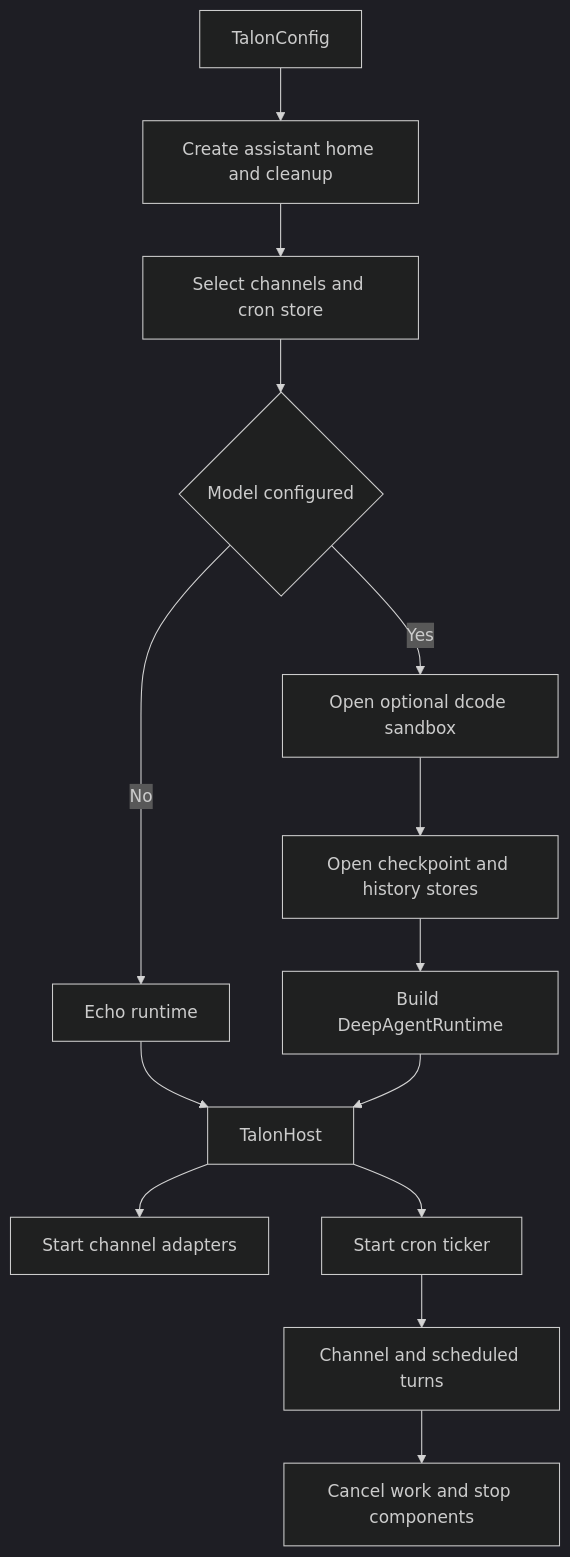
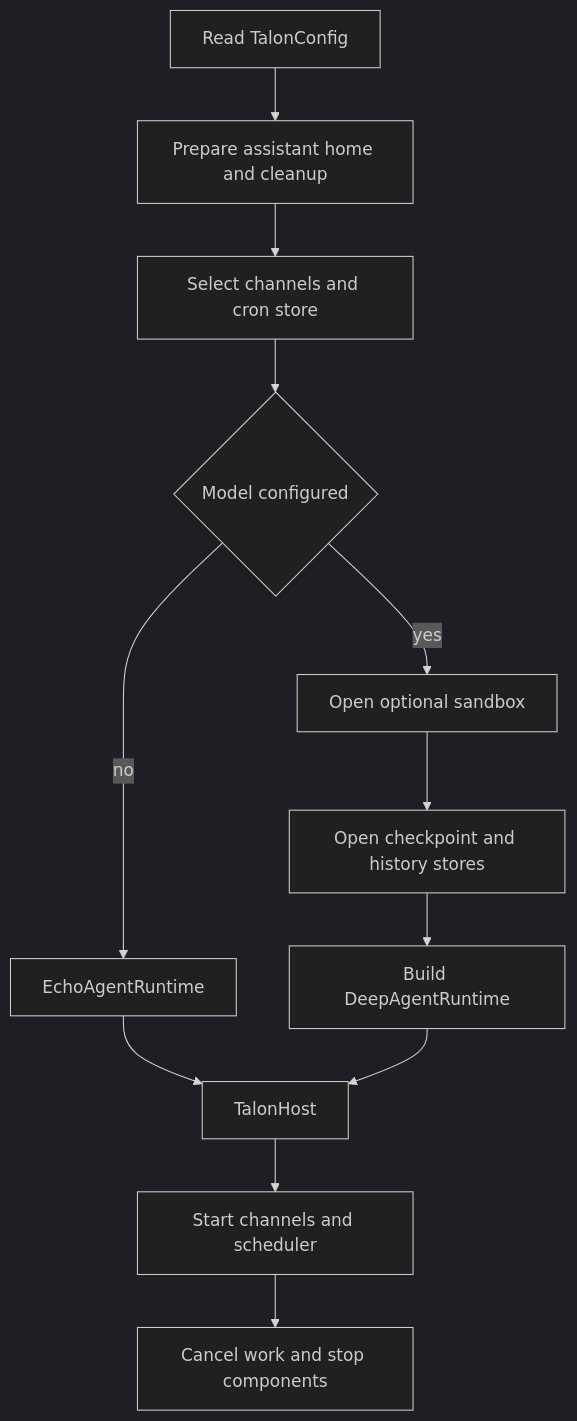
The first of 2 diagrams in openwiki/integrations/talon.md (langchain-ai/deepagents), drawn with Mermaid (dark theme) before and after one commit. The commit also changed other lines of this file and 69 other files, not shown here.

````diff
--- a/openwiki/integrations/talon.md
+++ b/openwiki/integrations/talon.md
@@ -57,16 +70,14 @@
 ```mermaid
 flowchart TD
-    Config["TalonConfig"] --> Cleanup["Create assistant home and cleanup"]
-    Cleanup --> Select["Select channels and cron store"]
-    Select --> Model{"Model configured"}
-    Model -- No --> Echo["Echo runtime"]
-    Model -- Yes --> Sandbox["Open optional dcode sandbox"]
+    Config["Read TalonConfig"] --> Home["Prepare assistant home and cleanup"]
+    Home --> Assemble["Select channels and cron store"]
+    Assemble --> Model{"Model configured"}
+    Model -- "no" --> Echo["EchoAgentRuntime"]
+    Model -- "yes" --> Sandbox["Open optional sandbox"]
     Sandbox --> Stores["Open checkpoint and history stores"]
     Stores --> Runtime["Build DeepAgentRuntime"]
     Echo --> Host["TalonHost"]
     Runtime --> Host
-    Host --> Channels["Start channel adapters"]
-    Host --> Scheduler["Start cron ticker"]
-    Scheduler --> Turns["Channel and scheduled turns"]
-    Turns --> Stop["Cancel work and stop components"]
+    Host --> Components["Start channels and scheduler"]
+    Components --> Stop["Cancel work and stop components"]
 ```
````
